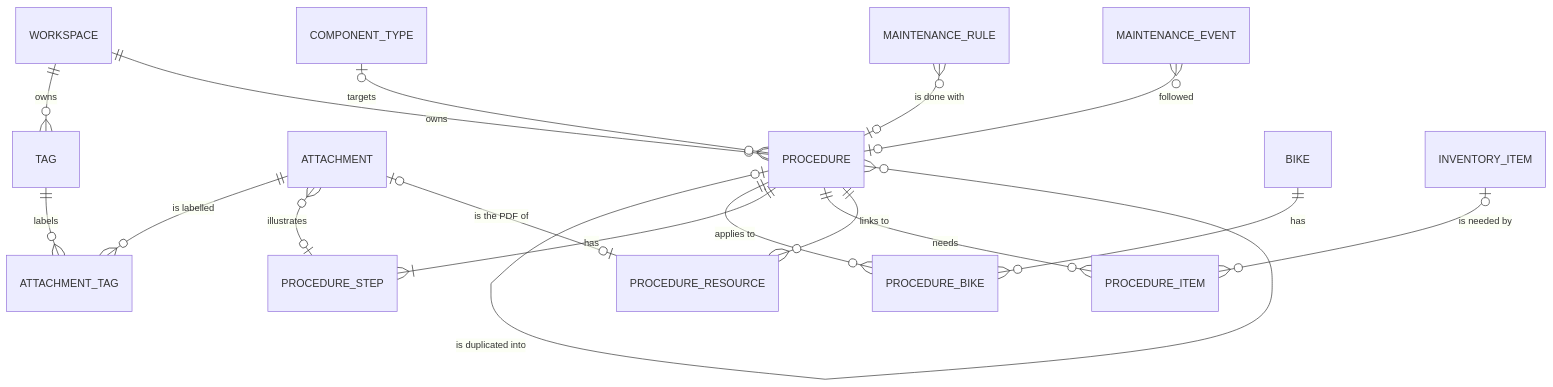
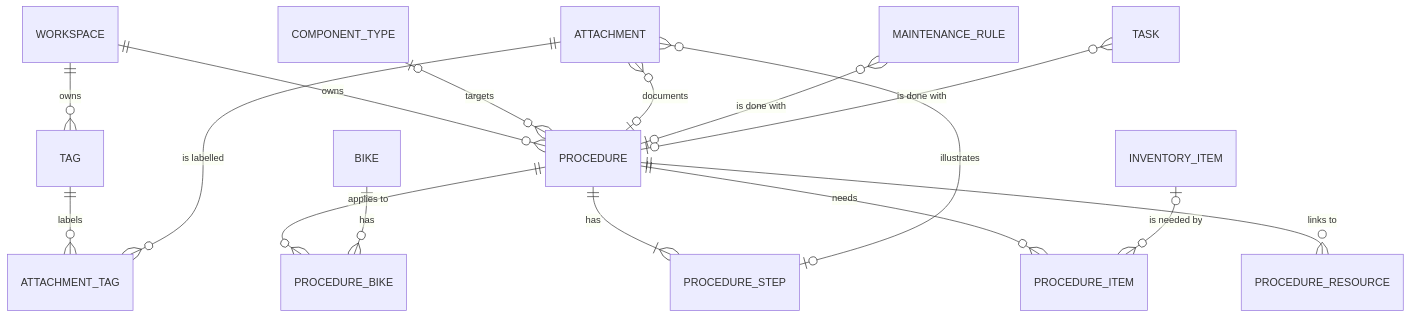
Before and after one commit to SylvainLeDEV/Bike-Book: the third of 3 diagrams in docs/03-data-model.md, drawn with Mermaid. The commit also changed other lines of this file and 58 other files, not shown here.

````diff
--- a/docs/03-data-model.md
+++ b/docs/03-data-model.md
@@ -749,19 +752,18 @@
 ```mermaid
 erDiagram
     WORKSPACE ||--o{ TAG : "owns"
     TAG ||--o{ ATTACHMENT_TAG : "labels"
     ATTACHMENT ||--o{ ATTACHMENT_TAG : "is labelled"
     WORKSPACE ||--o{ PROCEDURE : "owns"
-    PROCEDURE |o--o{ PROCEDURE : "is duplicated into"
     PROCEDURE ||--o{ PROCEDURE_BIKE : "applies to"
     BIKE ||--o{ PROCEDURE_BIKE : "has"
     COMPONENT_TYPE |o--o{ PROCEDURE : "targets"
     PROCEDURE ||--|{ PROCEDURE_STEP : "has"
     PROCEDURE ||--o{ PROCEDURE_ITEM : "needs"
     INVENTORY_ITEM |o--o{ PROCEDURE_ITEM : "is needed by"
     PROCEDURE ||--o{ PROCEDURE_RESOURCE : "links to"
     ATTACHMENT }o--o| PROCEDURE_STEP : "illustrates"
-    ATTACHMENT |o--o| PROCEDURE_RESOURCE : "is the PDF of"
+    ATTACHMENT }o--o| PROCEDURE : "documents"
     MAINTENANCE_RULE }o--o| PROCEDURE : "is done with"
-    MAINTENANCE_EVENT }o--o| PROCEDURE : "followed"
+    TASK }o--o| PROCEDURE : "is done with"
 ```
````
